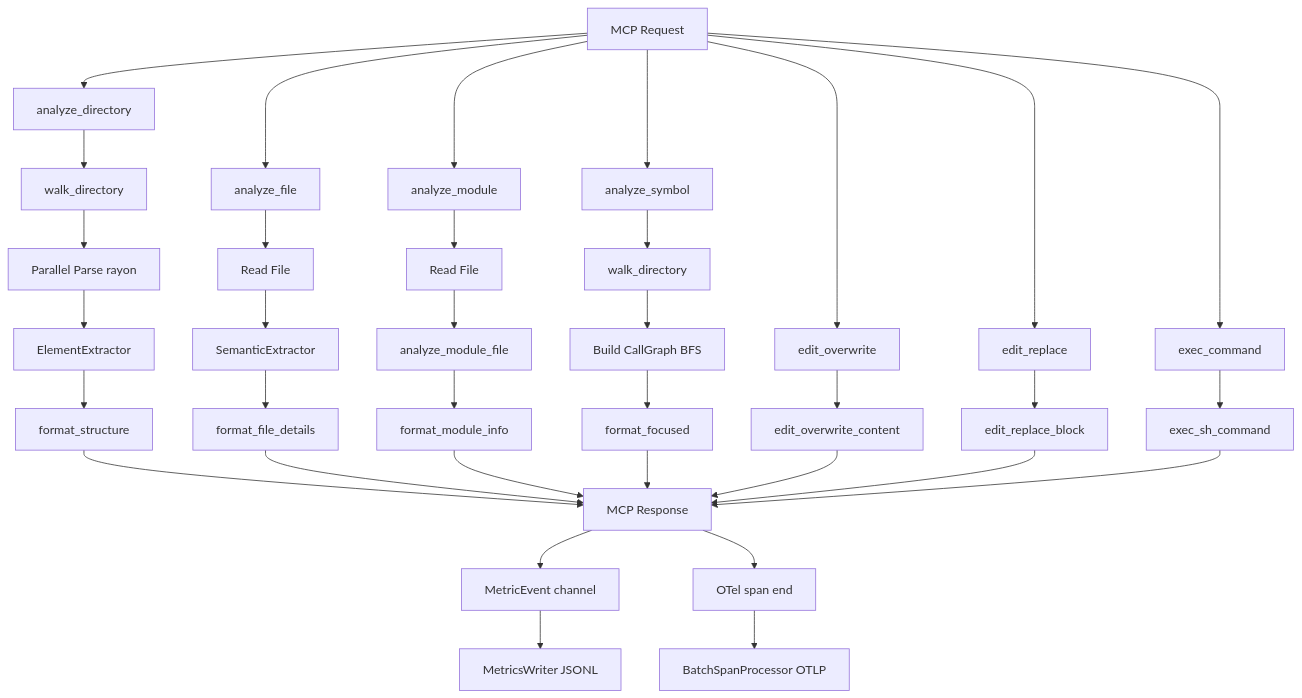
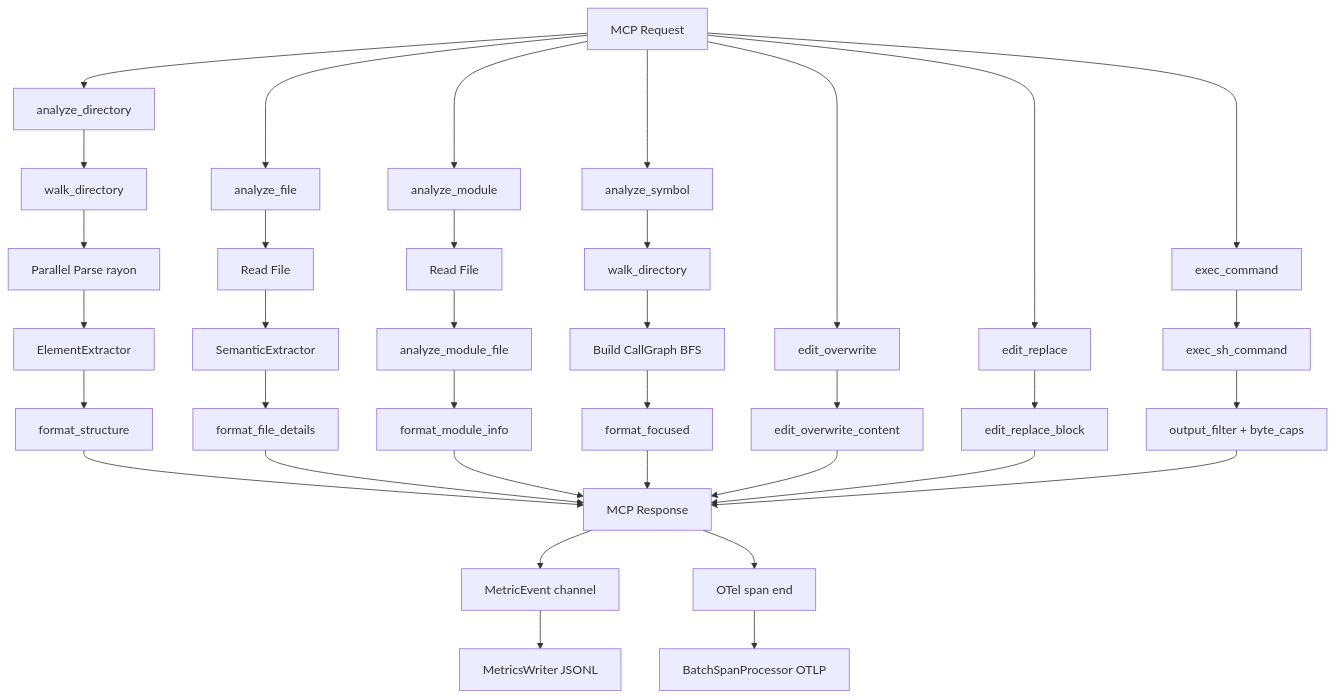
The diagram in docs/ARCHITECTURE.md (clouatre-labs/aptu-coder), drawn with Mermaid before and after one commit. The commit also changed other lines of this file and 4 other files, not shown here.

First line of the commit message:
docs: document exec_command output caps, filter table, and INVALID_PARAMS for analyze tools (#965)

````diff
--- a/docs/ARCHITECTURE.md
+++ b/docs/ARCHITECTURE.md
@@ -48,37 +48,38 @@
 ```mermaid
 graph TD
     A["MCP Request"] --> B1["analyze_directory"]
     A --> B2["analyze_file"]
     A --> B4["analyze_module"]
     A --> B3["analyze_symbol"]
     A --> B6["edit_overwrite"]
     A --> B7["edit_replace"]
     A --> B10["exec_command"]
     B1 --> M["walk_directory"]
     M --> N["Parallel Parse rayon"]
     N --> O["ElementExtractor"]
     O --> P["format_structure"]
     B2 --> J["Read File"]
     J --> K["SemanticExtractor"]
     K --> L["format_file_details"]
     B4 --> R["Read File"]
     R --> S["analyze_module_file"]
     S --> T["format_module_info"]
     B3 --> G["walk_directory"]
     G --> H["Build CallGraph BFS"]
     H --> I["format_focused"]
     B6 --> F2["edit_overwrite_content"]
     B7 --> F3["edit_replace_block"]
     B10 --> F6["exec_sh_command"]
+    F6 --> F7["output_filter + byte_caps"]
     P --> Q["MCP Response"]
     L --> Q
     T --> Q
     I --> Q
     F2 --> Q
     F3 --> Q
-    F6 --> Q
+    F7 --> Q
     Q --> Z1["MetricEvent channel"]
     Z1 --> Z2["MetricsWriter JSONL"]
     Q --> Z3["OTel span end"]
     Z3 --> Z4["BatchSpanProcessor OTLP"]
 ```
````
